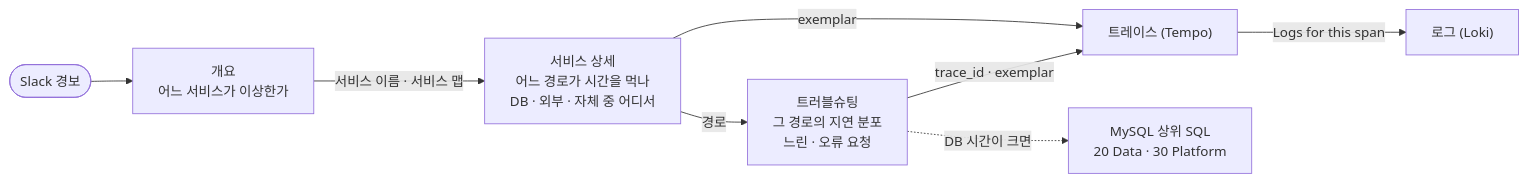
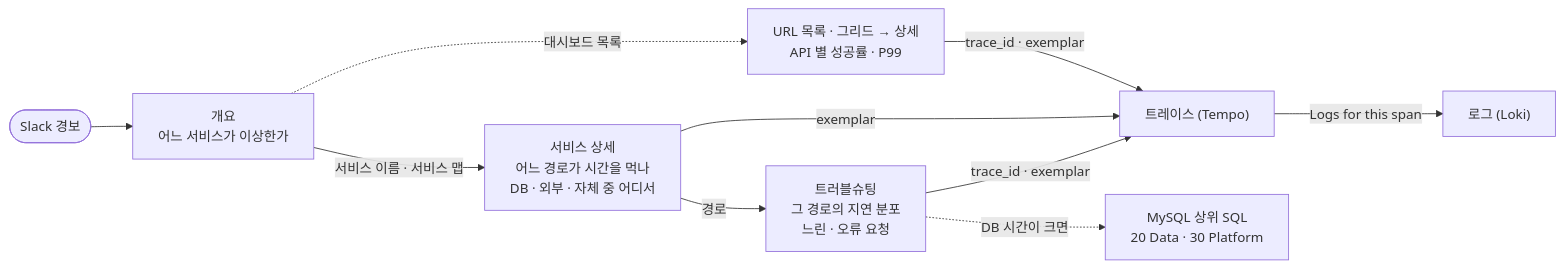
Before and after one commit to Grandis-2/nova-infra: the fourth of 4 diagrams in terraform/aws/monitoring/lgtm/nova_apnortheast2/config/README.md, drawn with Mermaid. The commit also changed other lines of this file and 4 other files, not shown here.

Commit message:
feat(monitoring): URL 대시보드 — 목록 · 그리드 · 상세, 지난주 대비 · 1초 초과 · 4xx 세부 · 새/사라진 API · 시간대 잔디 · 시간 구성 (NV-539)

````diff
--- a/terraform/aws/monitoring/lgtm/nova_apnortheast2/config/README.md
+++ b/terraform/aws/monitoring/lgtm/nova_apnortheast2/config/README.md
@@ -155,10 +156,12 @@
 ```mermaid
 flowchart LR
   alert(["Slack 경보"]) --> ov["개요<br/>어느 서비스가 이상한가"]
   ov -- "서비스 이름 · 서비스 맵" --> svc["서비스 상세<br/>어느 경로가 시간을 먹나<br/>DB · 외부 · 자체 중 어디서"]
   svc -- "경로" --> ts["트러블슈팅<br/>그 경로의 지연 분포<br/>느린 · 오류 요청"]
+  ov -. "대시보드 목록" .-> url["URL 목록 · 그리드 → 상세<br/>API 별 성공률 · P99"]
+  url -- "trace_id · exemplar" --> trace
   svc -- "exemplar" --> trace["트레이스 (Tempo)"]
   ts -- "trace_id · exemplar" --> trace
   trace -- "Logs for this span" --> log["로그 (Loki)"]
   ts -. "DB 시간이 크면" .-> data["MySQL 상위 SQL<br/>20 Data · 30 Platform"]
 ```
````
